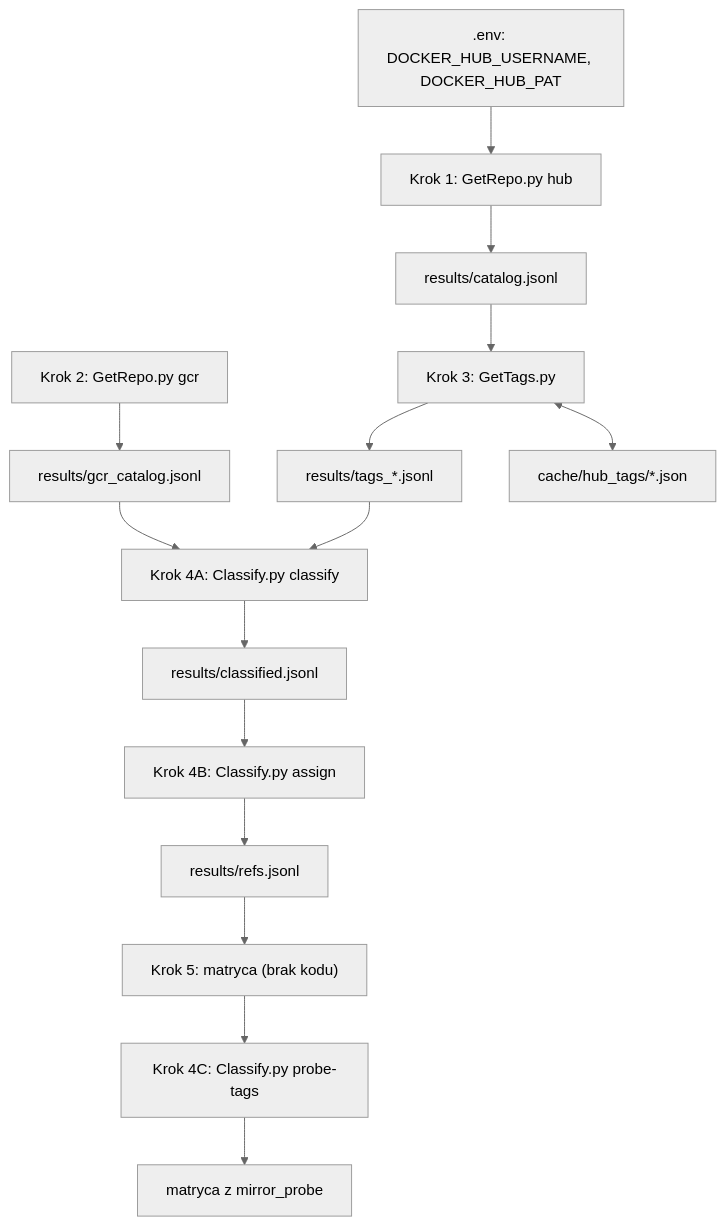
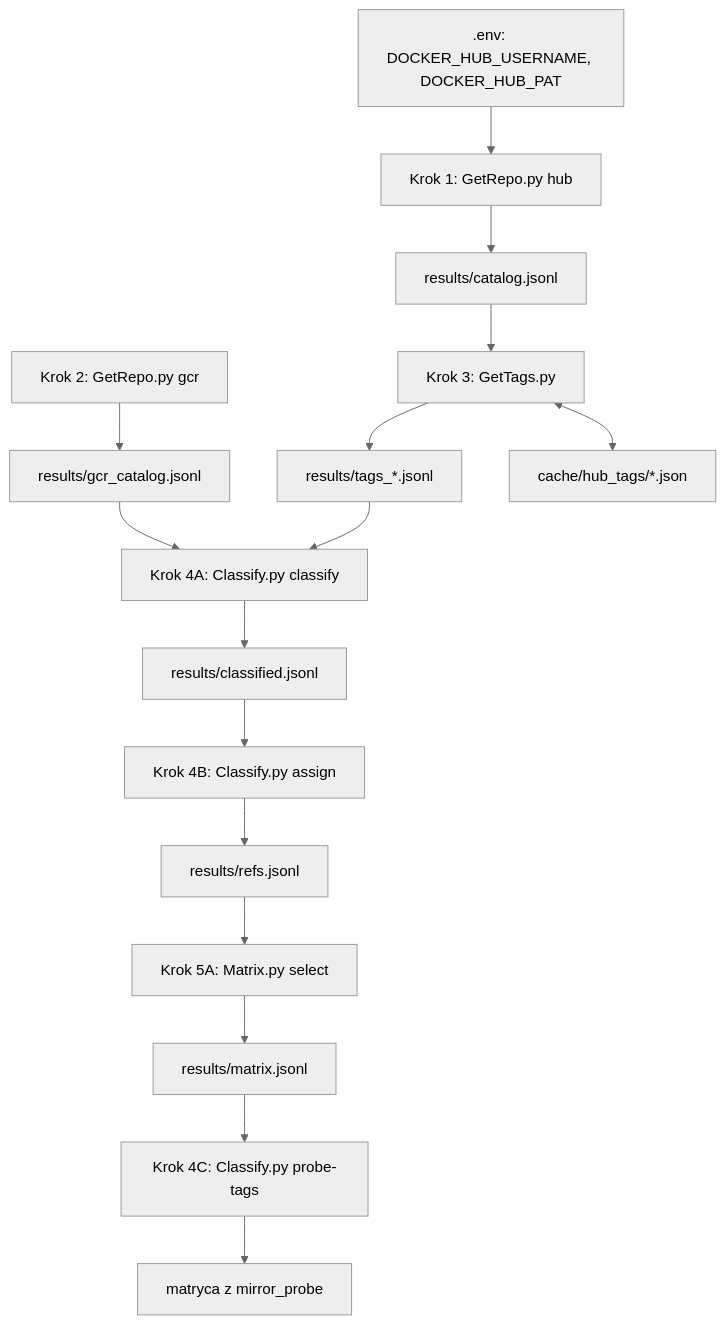
Before and after one commit to Sonic-kw/Container_Image_Analyzer: the diagram in docs/KOD.md, drawn with Mermaid (neutral theme). The commit also changed other lines of this file, not shown here.

First line of the commit message:
docs: opis Matrix.py select w KOD.md

````diff
--- a/docs/KOD.md
+++ b/docs/KOD.md
@@ -32,17 +34,18 @@
 ```mermaid
 flowchart TD
   env[".env: DOCKER_HUB_USERNAME, DOCKER_HUB_PAT"] --> k1
   k1["Krok 1: GetRepo.py hub"] --> cat["results/catalog.jsonl"]
   k2["Krok 2: GetRepo.py gcr"] --> gcat["results/gcr_catalog.jsonl"]
   cat --> k3["Krok 3: GetTags.py"]
   k3 --> tags["results/tags_*.jsonl"]
   k3 <--> tcache["cache/hub_tags/*.json"]
   tags --> k4a["Krok 4A: Classify.py classify"]
   gcat --> k4a
   k4a --> cls["results/classified.jsonl"]
   cls --> k4b["Krok 4B: Classify.py assign"]
   k4b --> refs["results/refs.jsonl"]
-  refs --> k5["Krok 5: matryca (brak kodu)"]
-  k5 --> k4c["Krok 4C: Classify.py probe-tags"]
+  refs --> k5["Krok 5A: Matrix.py select"]
+  k5 --> matrix["results/matrix.jsonl"]
+  matrix --> k4c["Krok 4C: Classify.py probe-tags"]
   k4c --> probed["matryca z mirror_probe"]
 ```
````
